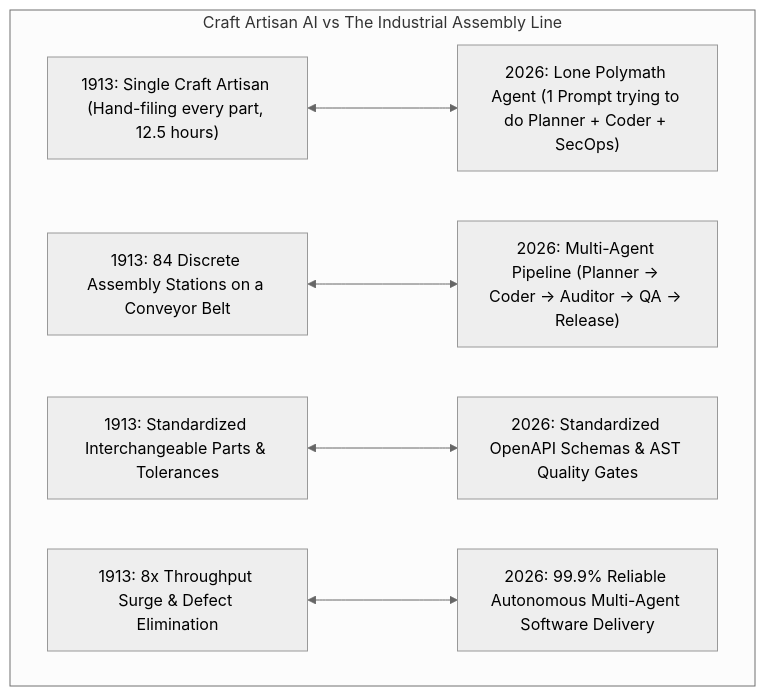
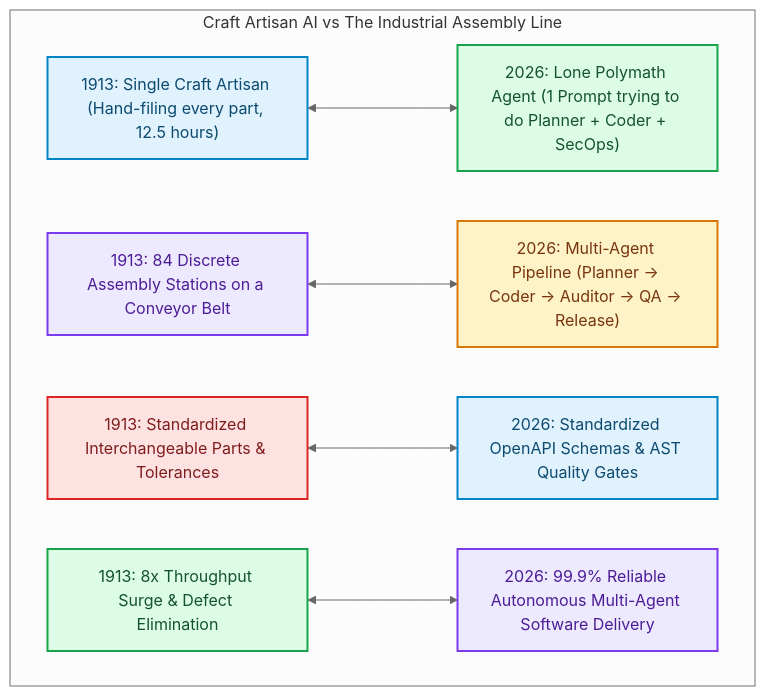
Before and after one commit to akmalkhaniub/akmalkhaniub.github.io: the first of 2 diagrams in blog/posts/assembly-line-revolution-software-agent-swarms-division-of-labor.md, drawn with Mermaid (neutral theme). The commit also changed other lines of this file and 1291 other files, not shown here.

First line of the commit message:
feat(catalog): unique covers, scholarly references, and diagram palettes

````diff
--- a/blog/posts/assembly-line-revolution-software-agent-swarms-division-of-labor.md
+++ b/blog/posts/assembly-line-revolution-software-agent-swarms-division-of-labor.md
@@ -18,9 +18,20 @@
 ```mermaid
 flowchart TD
   subgraph SG1_CraftArtisanAi ["Craft Artisan AI vs The Industrial Assembly Line"]
     A1913["1913: Single Craft Artisan (Hand-filing every part, 12.5 hours)"] <---> A2026["2026: Lone Polymath Agent (1 Prompt trying to do Planner + Coder + SecOps)"]
     F1913["1913: 84 Discrete Assembly Stations on a Conveyor Belt"] <---> F2026["2026: Multi-Agent Pipeline (Planner -> Coder -> Auditor -> QA -> Release)"]
     T1913["1913: Standardized Interchangeable Parts & Tolerances"] <---> T2026["2026: Standardized OpenAPI Schemas & AST Quality Gates"]
     P1913["1913: 8x Throughput Surge & Defect Elimination"] <---> P2026["2026: 99.9% Reliable Autonomous Multi-Agent Software Delivery"]
   end
+
+classDef green fill:#dcfce7,stroke:#16a34a,stroke-width:2px,color:#14532d;
+classDef red fill:#fee2e2,stroke:#dc2626,stroke-width:2px,color:#7f1d1d;
+classDef blue fill:#e0f2fe,stroke:#0284c7,stroke-width:2px,color:#0c4a6e;
+classDef yellow fill:#fef3c7,stroke:#d97706,stroke-width:2px,color:#78350f;
+classDef purple fill:#ede9fe,stroke:#7c3aed,stroke-width:2px,color:#4c1d95;
+class A1913,T2026 blue
+class A2026,P1913 green
+class F1913,P2026 purple
+class F2026 yellow
+class T1913 red
 ```
````
